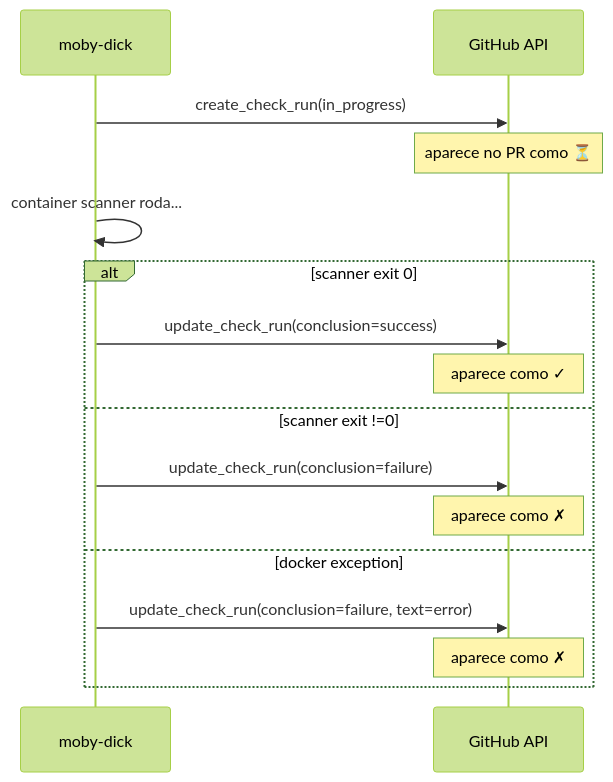
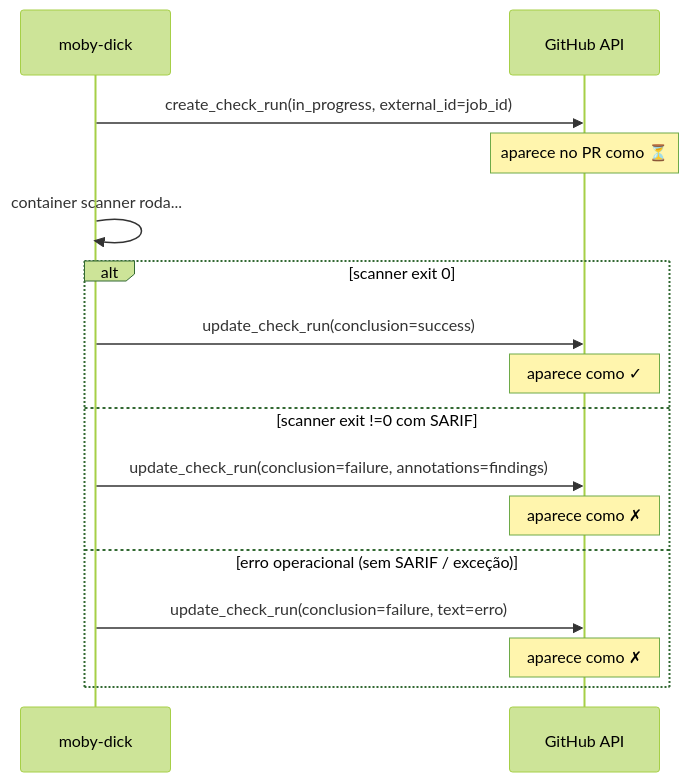
Before and after one commit to OdinEye-FIAP/aspm-docs: the first of 2 diagrams in docs/integration/check-run.md, drawn with Mermaid (forest theme). The commit also changed other lines of this file and 3 other files, not shown here.

Commit message:
docs: corrigir job-descriptor, check-run, onboarding e adding-a-scanner

````diff
--- a/docs/integration/check-run.md
+++ b/docs/integration/check-run.md
@@ -127,19 +147,19 @@
 ```mermaid
 sequenceDiagram
     participant MD as moby-dick
     participant GH as GitHub API
 
-    MD->>GH: create_check_run(in_progress)
+    MD->>GH: create_check_run(in_progress, external_id=job_id)
     Note over GH: aparece no PR como ⏳
     MD->>MD: container scanner roda...
     alt scanner exit 0
         MD->>GH: update_check_run(conclusion=success)
         Note over GH: aparece como ✓
-    else scanner exit !=0
-        MD->>GH: update_check_run(conclusion=failure)
+    else scanner exit !=0 com SARIF
+        MD->>GH: update_check_run(conclusion=failure, annotations=findings)
         Note over GH: aparece como ✗
-    else docker exception
-        MD->>GH: update_check_run(conclusion=failure, text=error)
+    else erro operacional (sem SARIF / exceção)
+        MD->>GH: update_check_run(conclusion=failure, text=erro)
         Note over GH: aparece como ✗
     end
 ```
````
